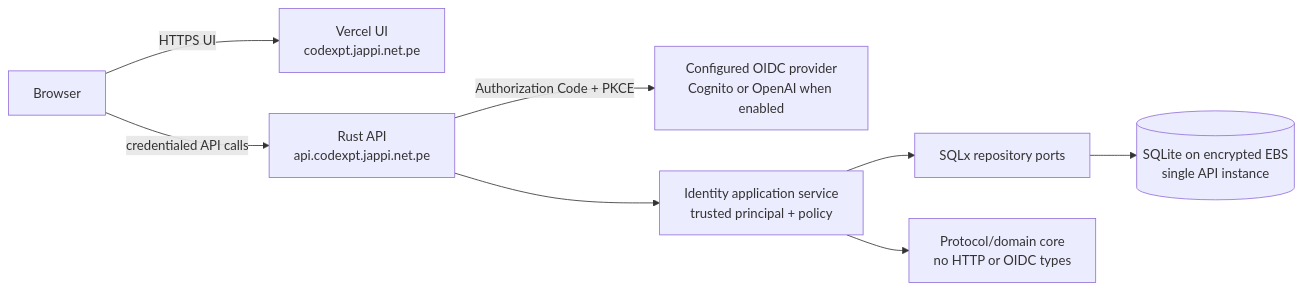
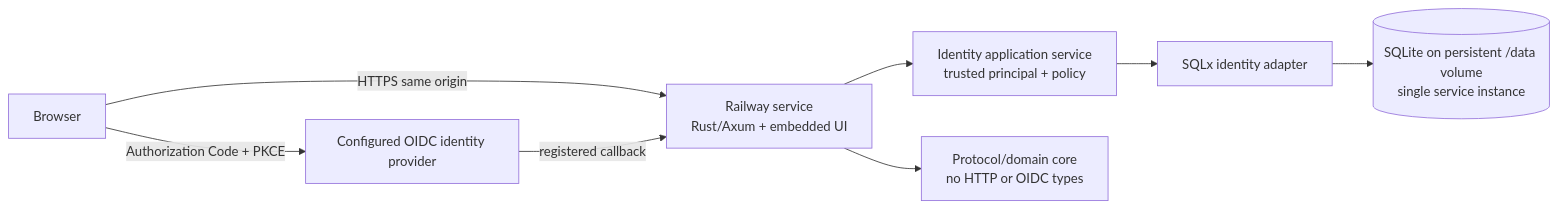
Before and after one commit to CyberStill-GmbH/codexpt: the fourth of 4 diagrams in docs/architecture/C4.md, drawn with Mermaid. The commit also changed other lines of this file and 21 other files, not shown here.

````diff
--- a/docs/architecture/C4.md
+++ b/docs/architecture/C4.md
@@ -120,10 +120,10 @@
 ```mermaid
 flowchart LR
-    Browser["Browser"] -->|HTTPS UI| Vercel["Vercel UI\ncodexpt.jappi.net.pe"]
-    Browser -->|credentialed API calls| API["Rust API\napi.codexpt.jappi.net.pe"]
-    API -->|Authorization Code + PKCE| IdP["Configured OIDC provider\nCognito or OpenAI when enabled"]
-    API --> AuthApp["Identity application service\ntrusted principal + policy"]
-    AuthApp --> SQLx["SQLx repository ports"]
-    SQLx --> SQLite[("SQLite on encrypted EBS\nsingle API instance")]
-    AuthApp --> Core["Protocol/domain core\nno HTTP or OIDC types"]
+    Browser["Browser"] -->|HTTPS same origin| Railway["Railway service\nRust/Axum + embedded UI"]
+    Browser -->|Authorization Code + PKCE| IdP["Configured OIDC identity provider"]
+    IdP -->|registered callback| Railway
+    Railway --> AuthApp["Identity application service\ntrusted principal + policy"]
+    AuthApp --> SQLx["SQLx identity adapter"]
+    SQLx --> SQLite[("SQLite on persistent /data volume\nsingle service instance")]
+    Railway --> Core["Protocol/domain core\nno HTTP or OIDC types"]
 ```
````
